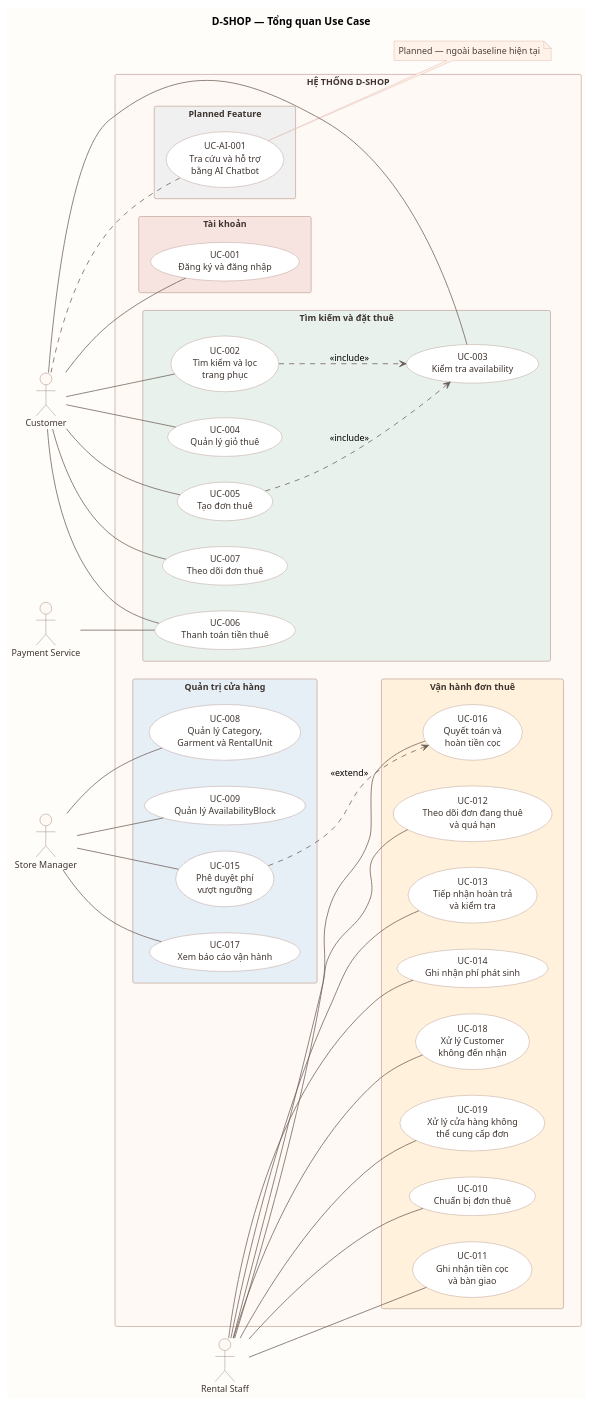
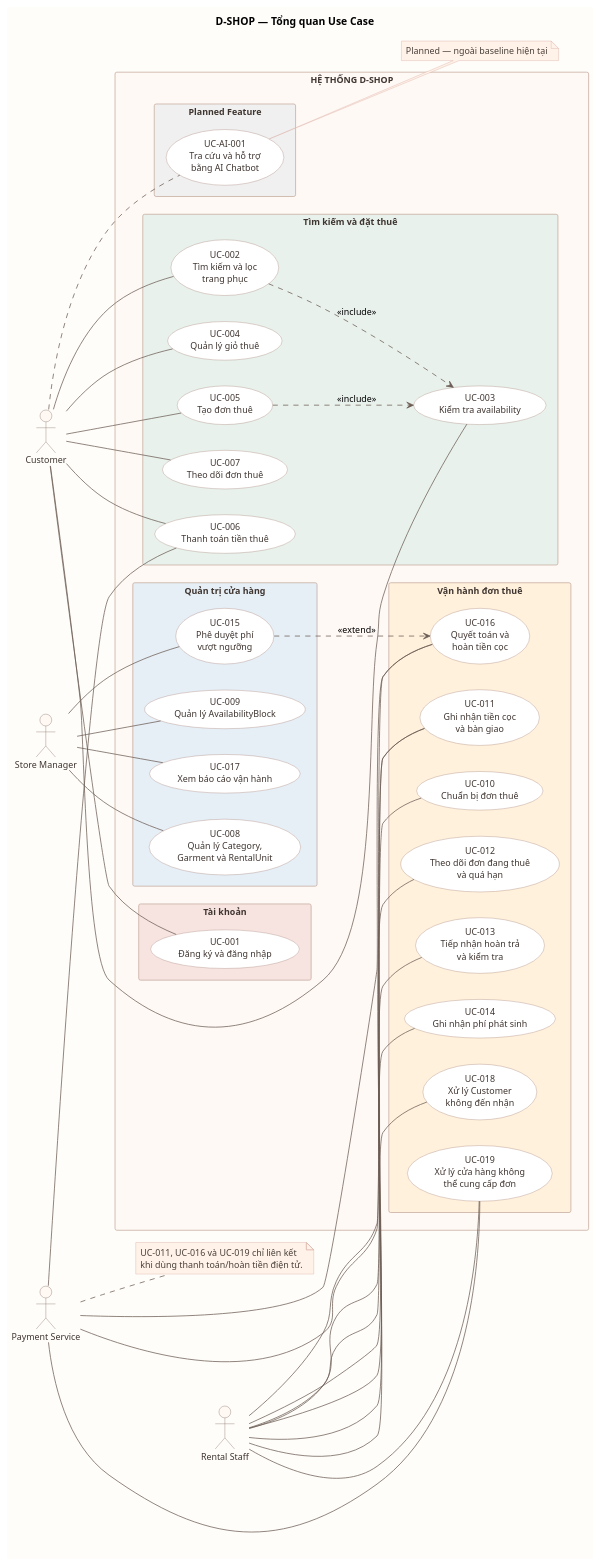
The diagram in docs/business-analysis/assets/diagrams/use-case-overview.puml (ndd-uit/D-Shop), drawn with PlantUML before and after one commit. The commit also changed 30 other files, not shown here.

Commit message:
docs: align BA markdown with PlantUML diagrams

```diff
--- a/docs/business-analysis/assets/diagrams/use-case-overview.puml
+++ b/docs/business-analysis/assets/diagrams/use-case-overview.puml
@@ -1,107 +1,115 @@
 @startuml
 title D-SHOP — Tổng quan Use Case
 
 left to right direction
 skinparam backgroundColor #FFFDF9
 skinparam defaultFontName Arial
 skinparam defaultFontSize 12
 skinparam shadowing false
 skinparam packageStyle rectangle
 skinparam ArrowColor #6B5B53
 skinparam actor {
     BackgroundColor #FFF8F3
     BorderColor #806A60
     FontColor #3F3530
 }
 skinparam usecase {
     BackgroundColor #FFFFFF
     BorderColor #A78478
     FontColor #3F3530
 }
 skinparam rectangle {
     BackgroundColor #FFF9F5
     BorderColor #C4A99D
     FontColor #3F3530
 }
 skinparam note {
     BackgroundColor #FFF2E8
     BorderColor #D6A79E
     FontColor #4A403B
 }
 
 actor Customer
 actor "Rental Staff" as Staff
 actor "Store Manager" as Manager
 actor "Payment Service" as Payment
 
 rectangle "HỆ THỐNG D-SHOP" as DSHOP {
     package "Tài khoản" #F7E4E1 {
         usecase "UC-001\nĐăng ký và đăng nhập" as UC001
     }
 
     package "Tìm kiếm và đặt thuê" #E8F1EC {
         usecase "UC-002\nTìm kiếm và lọc\ntrang phục" as UC002
         usecase "UC-003\nKiểm tra availability" as UC003
         usecase "UC-004\nQuản lý giỏ thuê" as UC004
         usecase "UC-005\nTạo đơn thuê" as UC005
         usecase "UC-006\nThanh toán tiền thuê" as UC006
         usecase "UC-007\nTheo dõi đơn thuê" as UC007
     }
 
     package "Vận hành đơn thuê" #FFF1DC {
         usecase "UC-010\nChuẩn bị đơn thuê" as UC010
         usecase "UC-011\nGhi nhận tiền cọc\nvà bàn giao" as UC011
         usecase "UC-012\nTheo dõi đơn đang thuê\nvà quá hạn" as UC012
         usecase "UC-013\nTiếp nhận hoàn trả\nvà kiểm tra" as UC013
         usecase "UC-014\nGhi nhận phí phát sinh" as UC014
         usecase "UC-016\nQuyết toán và\nhoàn tiền cọc" as UC016
         usecase "UC-018\nXử lý Customer\nkhông đến nhận" as UC018
         usecase "UC-019\nXử lý cửa hàng không\nthể cung cấp đơn" as UC019
     }
 
     package "Quản trị cửa hàng" #E6EEF6 {
         usecase "UC-008\nQuản lý Category,\nGarment và RentalUnit" as UC008
         usecase "UC-009\nQuản lý AvailabilityBlock" as UC009
         usecase "UC-015\nPhê duyệt phí\nvượt ngưỡng" as UC015
         usecase "UC-017\nXem báo cáo vận hành" as UC017
     }
 
     package "Planned Feature" #F0F0F0 {
         usecase "UC-AI-001\nTra cứu và hỗ trợ\nbằng AI Chatbot" as UCAI
     }
 }
 
 Customer -- UC001
 Customer -- UC002
 Customer -- UC003
 Customer -- UC004
 Customer -- UC005
 Customer -- UC006
 Customer -- UC007
 
 Staff -- UC010
 Staff -- UC011
 Staff -- UC012
 Staff -- UC013
 Staff -- UC014
 Staff -- UC016
 Staff -- UC018
 Staff -- UC019
 
 Manager -- UC008
 Manager -- UC009
 Manager -- UC015
 Manager -- UC017
 
 Payment -- UC006
+Payment -- UC011
+Payment -- UC016
+Payment -- UC019
+
+note right of Payment
+  UC-011, UC-016 và UC-019 chỉ liên kết
+  khi dùng thanh toán/hoàn tiền điện tử.
+end note
 
 UC002 ..> UC003 : <<include>>
 UC005 ..> UC003 : <<include>>
 UC015 ..> UC016 : <<extend>>
 
 Customer .. UCAI
 note right of UCAI
   Planned — ngoài baseline hiện tại
 end note
 
 @enduml
```
